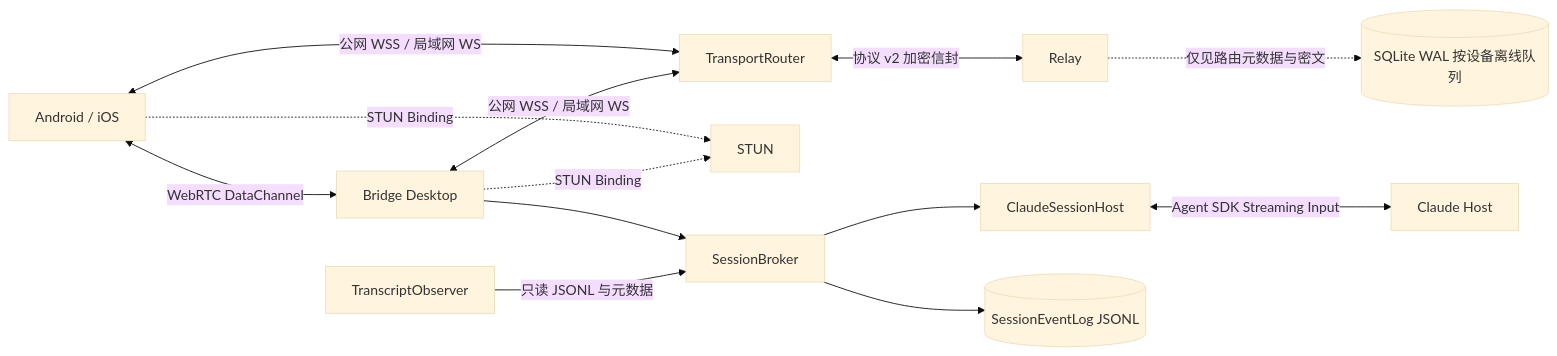
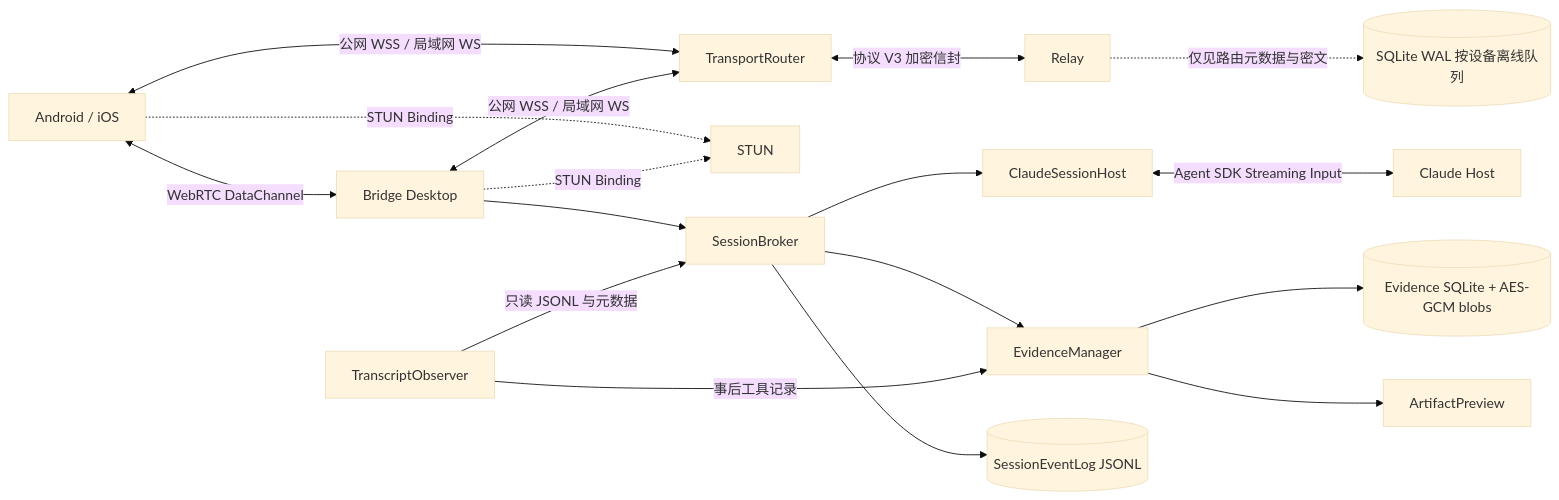
One commit to czhmartinez/claude-desktop-bridge changed the first of 2 diagrams in docs/ARCHITECTURE.md. Above: the diagram before and after it, drawn with Mermaid (base theme). The commit also changed other lines of this file and 60 other files, not shown here.

````diff
--- a/docs/ARCHITECTURE.md
+++ b/docs/ARCHITECTURE.md
@@ -8,15 +8,19 @@
 ```mermaid
 flowchart LR
   M["Android / iOS"] <-->|"WebRTC DataChannel"| D["Bridge Desktop"]
   M <-->|"公网 WSS / 局域网 WS"| T["TransportRouter"]
   D <-->|"公网 WSS / 局域网 WS"| T
-  T <-->|"协议 v2 加密信封"| R["Relay"]
+  T <-->|"协议 V3 加密信封"| R["Relay"]
   M -.->|"STUN Binding"| S["STUN"]
   D -.->|"STUN Binding"| S
   D --> B["SessionBroker"]
   B --> H["ClaudeSessionHost"]
   H <-->|"Agent SDK Streaming Input"| C["Claude Host"]
   O["TranscriptObserver"] -->|"只读 JSONL 与元数据"| B
+  B --> EM["EvidenceManager"]
+  O -->|"事后工具记录"| EM
+  EM --> ES[("Evidence SQLite + AES-GCM blobs")]
+  EM --> AP["ArtifactPreview"]
   B --> E[("SessionEventLog JSONL")]
   R -. "仅见路由元数据与密文" .-> Q[("SQLite WAL 按设备离线队列")]
 ```
````
